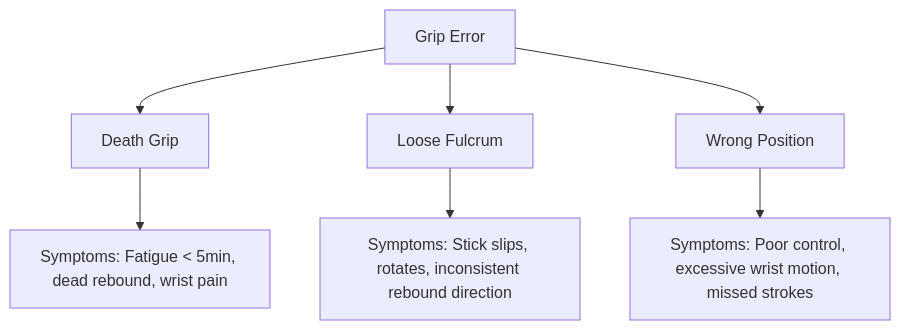
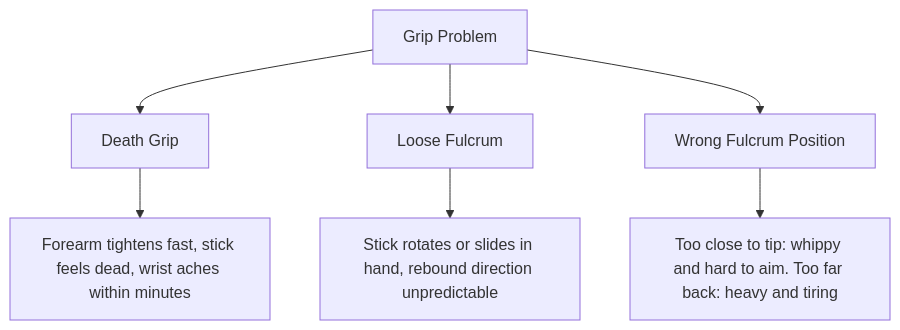
One commit to blebleblee/synapse changed the first of 3 diagrams in topics/arts/music_performance/drums/labs.md. Above: the diagram before and after it, drawn with Mermaid. The commit also changed other lines of this file and 2 other files, not shown here.

````diff
--- a/topics/arts/music_performance/drums/labs.md
+++ b/topics/arts/music_performance/drums/labs.md
@@ -64,9 +47,9 @@
 ```mermaid
 graph TD
-    A[Grip Error] --> B[Death Grip]
-    A --> C[Loose Fulcrum]
-    A --> D[Wrong Position]
-    B --> E[Symptoms: Fatigue < 5min, dead rebound, wrist pain]
-    C --> F[Symptoms: Stick slips, rotates, inconsistent rebound direction]
-    D --> G[Symptoms: Poor control, excessive wrist motion, missed strokes]
+    sub_err["Grip Problem"] --> sub_dead["Death Grip"]
+    sub_err --> sub_loose["Loose Fulcrum"]
+    sub_err --> sub_pos["Wrong Fulcrum Position"]
+    sub_dead --> sub_dead_sym["Forearm tightens fast, stick feels dead, wrist aches within minutes"]
+    sub_loose --> sub_loose_sym["Stick rotates or slides in hand, rebound direction unpredictable"]
+    sub_pos --> sub_pos_sym["Too close to tip: whippy and hard to aim. Too far back: heavy and tiring"]
 ```
````
